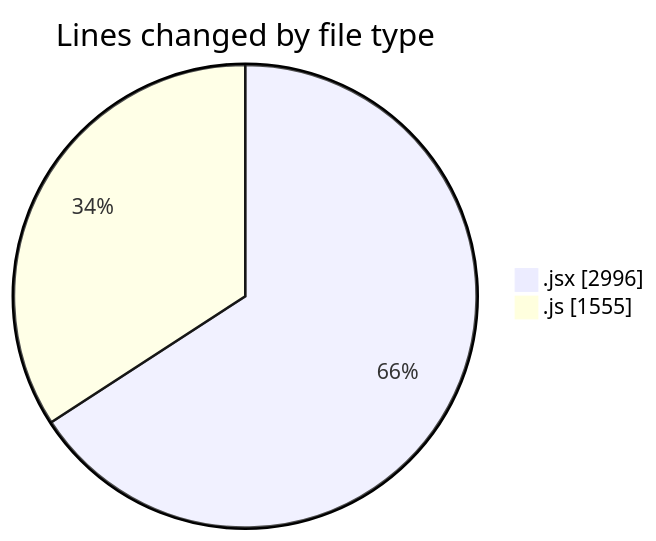
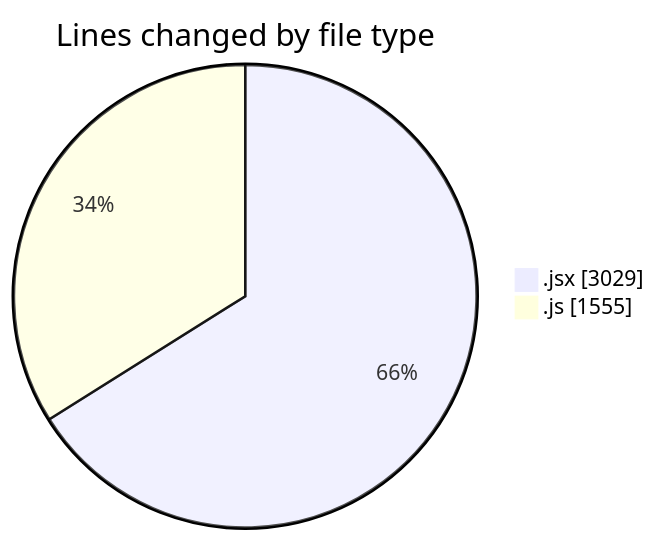
The first of 2 diagrams in 2025-07-11/argos/README.md (nxtqubesakshisongat/code-tracking), drawn with Mermaid before and after one commit. The commit also changed other lines of this file and 1 other file, not shown here.

````diff
--- a/2025-07-11/argos/README.md
+++ b/2025-07-11/argos/README.md
@@ -26,6 +26,6 @@
 ```mermaid
 pie showData
 title Lines changed by file type
-".jsx" : 2996
+".jsx" : 3029
 ".js" : 1555
 ```
````
